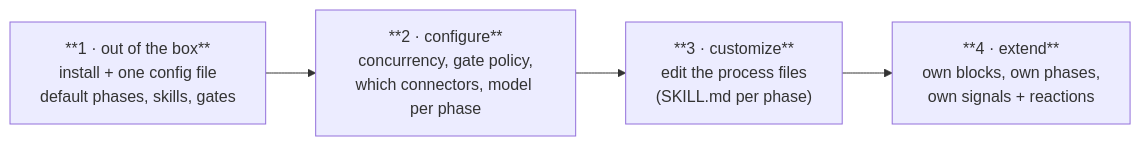
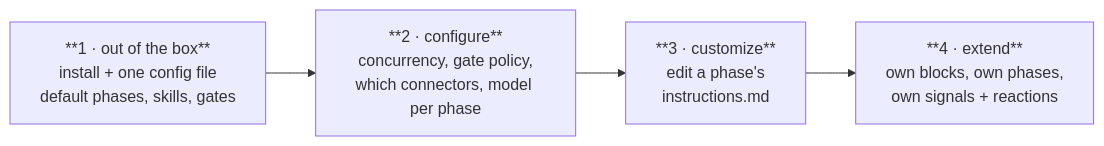
One commit to fixpoint-labs/flow-state-dev changed the third of 3 diagrams in docs/internal/design/conductor.md. Above: the diagram before and after it, drawn with Mermaid. The commit also changed other lines of this file and 1 other file, not shown here.

First paragraph of the commit message:
docs(internal): one phases/ directory; phase instructions are not FSD skills
Folds the review comment on the process/ vs phases/ split, and the sharper
question underneath it.

````diff
--- a/docs/internal/design/conductor.md
+++ b/docs/internal/design/conductor.md
@@ -528,7 +528,7 @@
 ```mermaid
 flowchart LR
   L1["**1 · out of the box**<br/>install + one config file<br/>default phases, skills, gates"] --> L2
   L2["**2 · configure**<br/>concurrency, gate policy,<br/>which connectors, model per phase"] --> L3
-  L3["**3 · customize**<br/>edit the process files<br/>(SKILL.md per phase)"] --> L4
+  L3["**3 · customize**<br/>edit a phase's<br/>instructions.md"] --> L4
   L4["**4 · extend**<br/>own blocks, own phases,<br/>own signals + reactions"]
 ```
````
